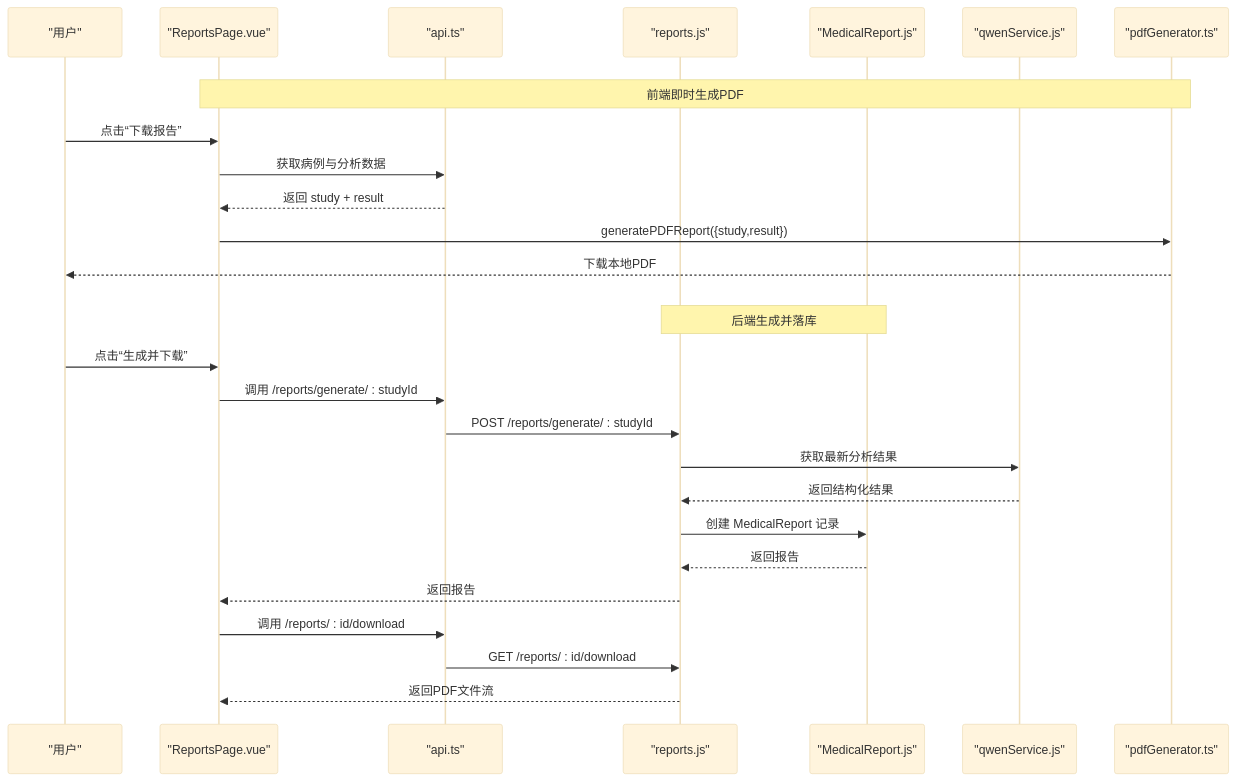
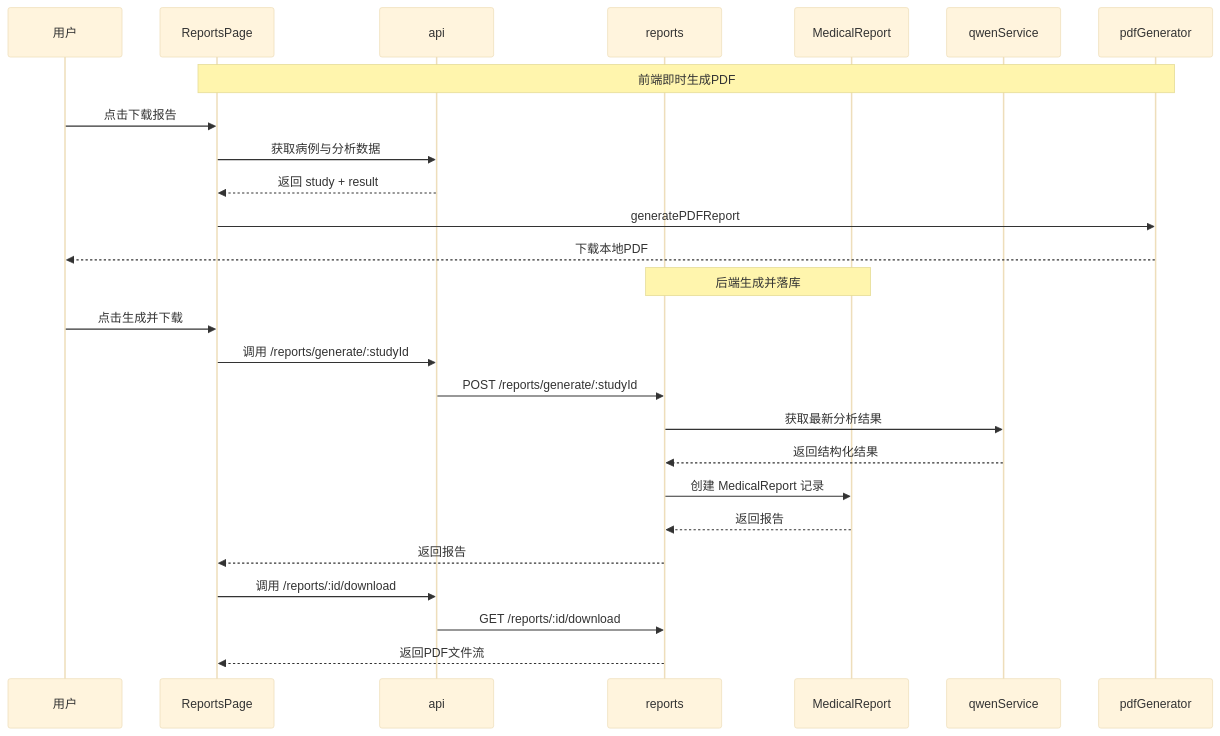
The second of 7 diagrams in wiki/后端架构/API端点参考/报告管理API/PDF报告生成说明.md (xingranya/CervixDetectAI), drawn with Mermaid (base theme) before and after one commit. The commit also changed other lines of this file and 35 other files, not shown here.

First line of the commit message:
docs(readme): 优化并统一项目文档中的流程图与说明

````diff
--- a/wiki/后端架构/API端点参考/报告管理API/PDF报告生成说明.md
+++ b/wiki/后端架构/API端点参考/报告管理API/PDF报告生成说明.md
@@ -116,32 +103,28 @@
 ```mermaid
 sequenceDiagram
-participant U as "用户"
-participant UI as "ReportsPage.vue"
-participant API as "api.ts"
-participant R as "reports.js"
-participant M as "MedicalReport.js"
-participant Q as "qwenService.js"
-participant PDF as "pdfGenerator.ts"
-rect rgb(255,255,255)
+participant U as 用户
+participant UI as ReportsPage
+participant API as api
+participant R as reports
+participant M as MedicalReport
+participant Q as qwenService
+participant PDF as pdfGenerator
 Note over UI,PDF : 前端即时生成PDF
-U->>UI : 点击“下载报告”
+U->>UI : 点击下载报告
 UI->>API : 获取病例与分析数据
 API-->>UI : 返回 study + result
-UI->>PDF : generatePDFReport({study,result})
+UI->>PDF : generatePDFReport
 PDF-->>U : 下载本地PDF
-end
-rect rgb(255,255,255)
 Note over R,M : 后端生成并落库
-U->>UI : 点击“生成并下载”
-UI->>API : 调用 /reports/generate/ : studyId
-API->>R : POST /reports/generate/ : studyId
+U->>UI : 点击生成并下载
+UI->>API : 调用 /reports/generate/:studyId
+API->>R : POST /reports/generate/:studyId
 R->>Q : 获取最新分析结果
 Q-->>R : 返回结构化结果
 R->>M : 创建 MedicalReport 记录
 M-->>R : 返回报告
 R-->>UI : 返回报告
-UI->>API : 调用 /reports/ : id/download
-API->>R : GET /reports/ : id/download
+UI->>API : 调用 /reports/:id/download
+API->>R : GET /reports/:id/download
 R-->>UI : 返回PDF文件流
-end
 ```
````
